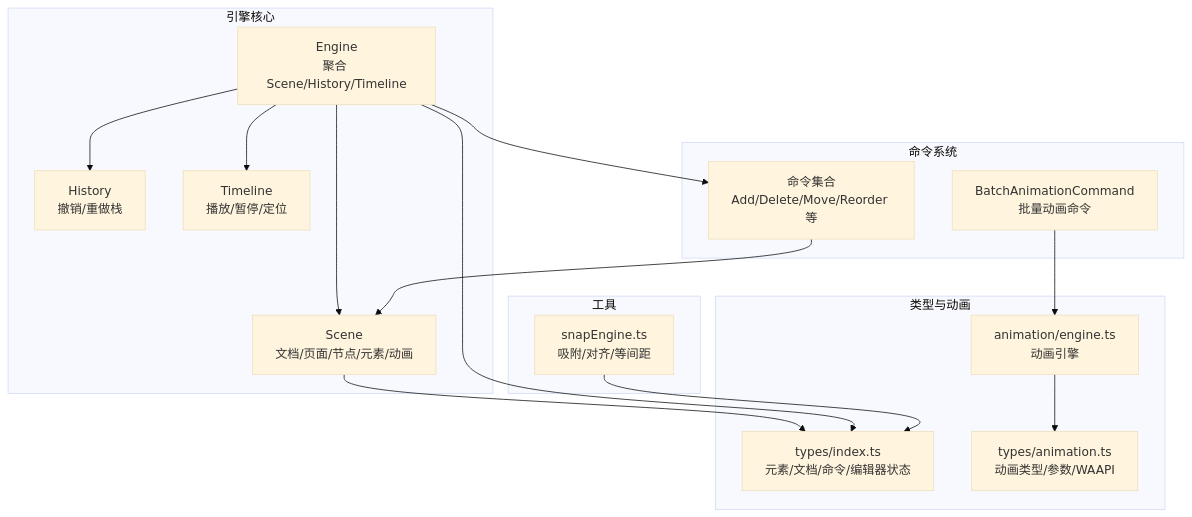
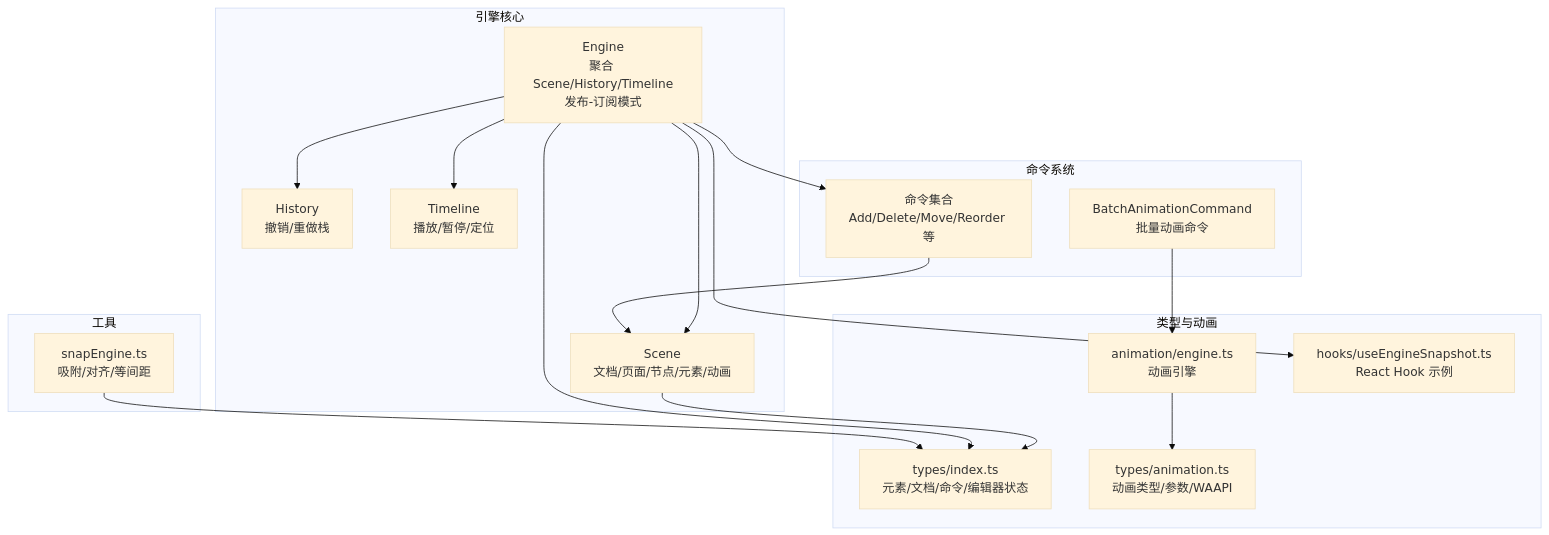
Before and after one commit to Anna0314zy/ai_editor_enginer: the first of 7 diagrams in .qoder/repowiki/zh/content/引擎系统/引擎系统.md, drawn with Mermaid (base theme). The commit also changed other lines of this file and 7 other files, not shown here.

````diff
--- a/.qoder/repowiki/zh/content/引擎系统/引擎系统.md
+++ b/.qoder/repowiki/zh/content/引擎系统/引擎系统.md
@@ -58,31 +61,33 @@
 ```mermaid
 graph TB
 subgraph "引擎核心"
-Engine["Engine<br/>聚合 Scene/History/Timeline"]
+Engine["Engine<br/>聚合 Scene/History/Timeline<br/>发布-订阅模式"]
 Scene["Scene<br/>文档/页面/节点/元素/动画"]
 History["History<br/>撤销/重做栈"]
 Timeline["Timeline<br/>播放/暂停/定位"]
 end
 subgraph "命令系统"
 Cmds["命令集合<br/>Add/Delete/Move/Reorder 等"]
 BatchCmd["BatchAnimationCommand<br/>批量动画命令"]
 end
 subgraph "类型与动画"
 Types["types/index.ts<br/>元素/文档/命令/编辑器状态"]
 AnimTypes["types/animation.ts<br/>动画类型/参数/WAAPI"]
 AnimEngine["animation/engine.ts<br/>动画引擎"]
+Hook["hooks/useEngineSnapshot.ts<br/>React Hook 示例"]
 end
 subgraph "工具"
 Snap["snapEngine.ts<br/>吸附/对齐/等间距"]
 end
 Engine --> Scene
 Engine --> History
 Engine --> Timeline
 Engine --> Cmds
 Cmds --> Scene
 BatchCmd --> AnimEngine
 AnimEngine --> AnimTypes
 Scene --> Types
 Engine --> Types
+Engine --> Hook
 Snap --> Types
 ```
````
